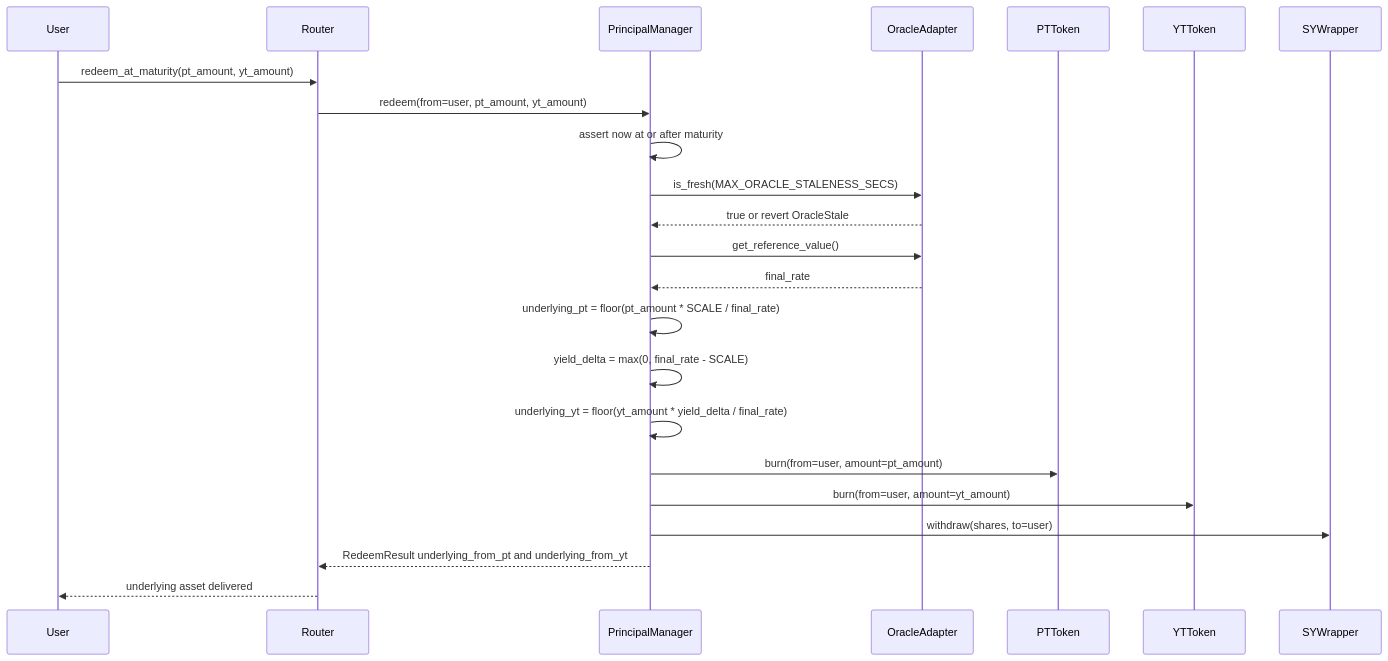
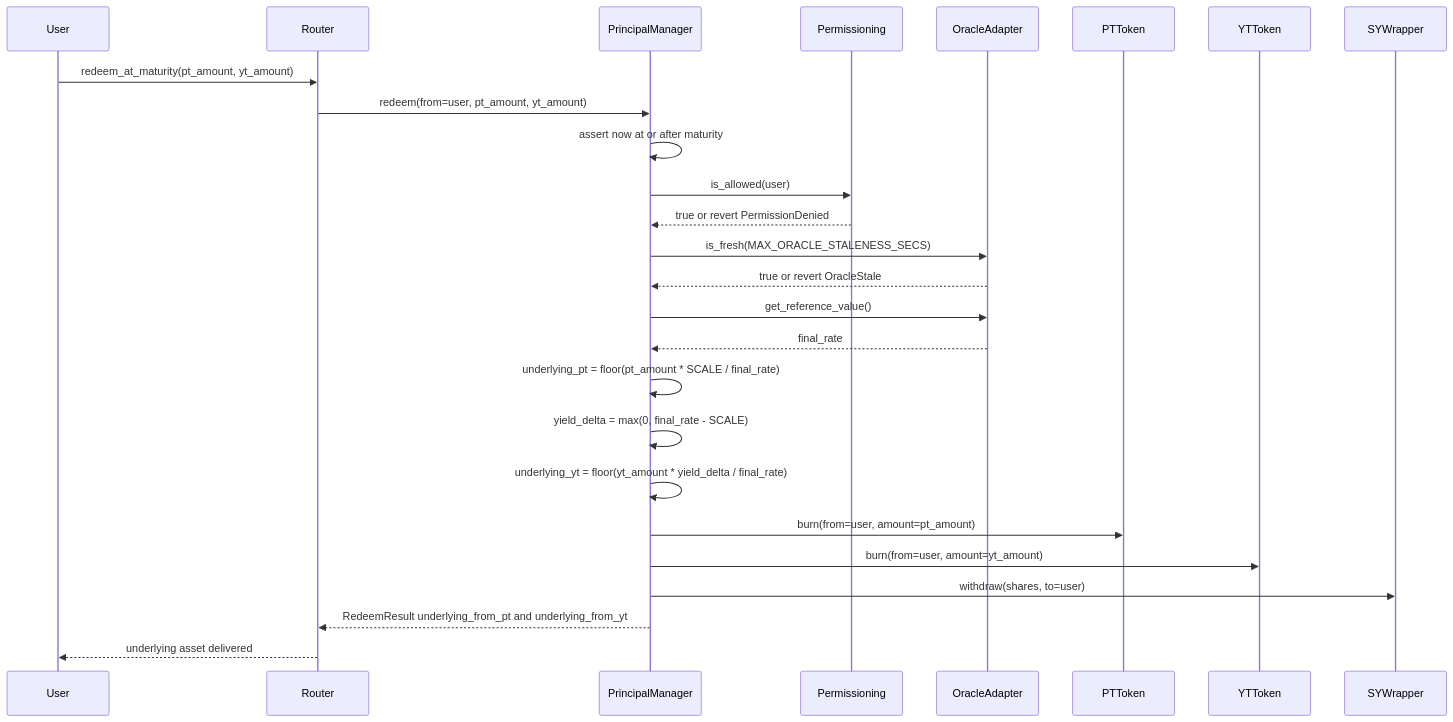
Before and after one commit to principal-Protocol-org/principal: the fifth of 9 diagrams in ARCHITECTURE.md, drawn with Mermaid. The commit also changed other lines of this file and 11 other files, not shown here.

````diff
--- a/ARCHITECTURE.md
+++ b/ARCHITECTURE.md
@@ -208,26 +217,29 @@
 ```mermaid
 sequenceDiagram
     participant U as User
     participant RT as Router
     participant PM as PrincipalManager
+    participant PERM as Permissioning
     participant OA as OracleAdapter
     participant PT as PTToken
     participant YT as YTToken
     participant SYW as SYWrapper
 
     U->>RT: redeem_at_maturity(pt_amount, yt_amount)
     RT->>PM: redeem(from=user, pt_amount, yt_amount)
     PM->>PM: assert now at or after maturity
+    PM->>PERM: is_allowed(user)
+    PERM-->>PM: true or revert PermissionDenied
     PM->>OA: is_fresh(MAX_ORACLE_STALENESS_SECS)
     OA-->>PM: true or revert OracleStale
     PM->>OA: get_reference_value()
     OA-->>PM: final_rate
     PM->>PM: underlying_pt = floor(pt_amount * SCALE / final_rate)
     PM->>PM: yield_delta  = max(0, final_rate - SCALE)
     PM->>PM: underlying_yt = floor(yt_amount * yield_delta / final_rate)
     PM->>PT: burn(from=user, amount=pt_amount)
     PM->>YT: burn(from=user, amount=yt_amount)
     PM->>SYW: withdraw(shares, to=user)
     PM-->>RT: RedeemResult underlying_from_pt and underlying_from_yt
     RT-->>U: underlying asset delivered
 ```
````
